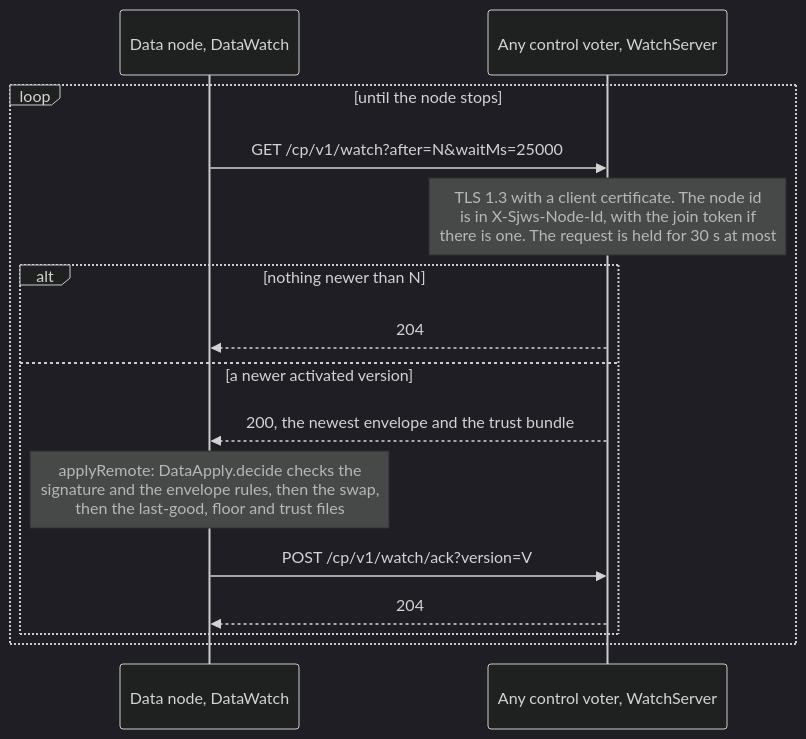
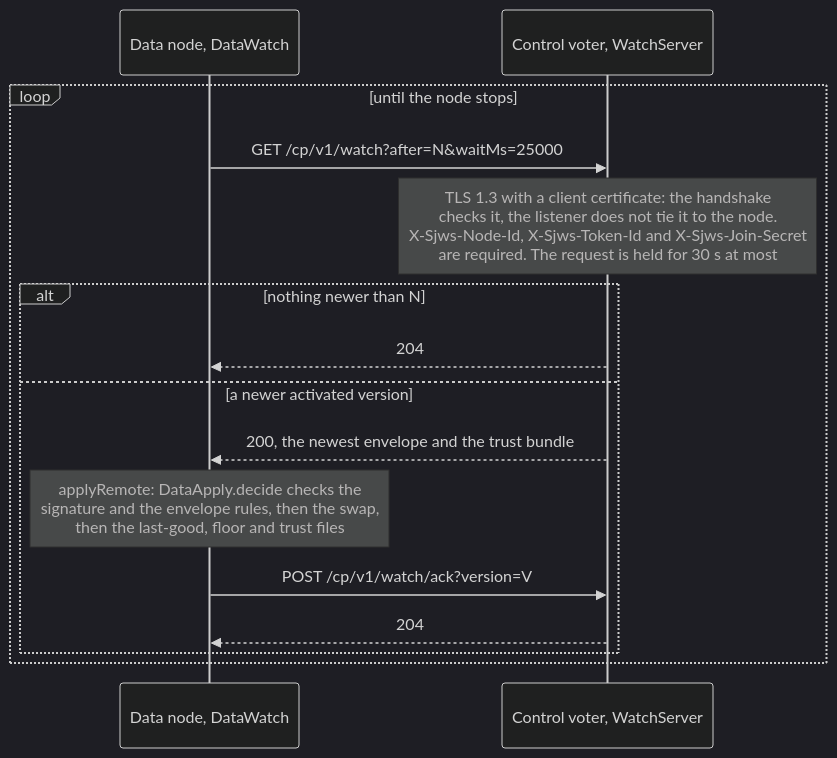
The third of 6 diagrams in docs/design/control-plane.md (BlivionIaG/sjws_nettask), drawn with Mermaid (dark theme) before and after one commit. The commit also changed other lines of this file and 19 other files, not shown here.

First line of the commit message:
docs: fix the diagrams the fact-check found imprecise

````diff
--- a/docs/design/control-plane.md
+++ b/docs/design/control-plane.md
@@ -426,18 +430,18 @@
 ```mermaid
 sequenceDiagram
     participant D as Data node, DataWatch
-    participant V as Any control voter, WatchServer
+    participant V as Control voter, WatchServer
 
     loop until the node stops
         D->>V: GET /cp/v1/watch?after=N&waitMs=25000
-        Note over V: TLS 1.3 with a client certificate. The node id<br/>is in X-Sjws-Node-Id, with the join token if<br/>there is one. The request is held for 30 s at most
+        Note over V: TLS 1.3 with a client certificate: the handshake<br/>checks it, the listener does not tie it to the node.<br/>X-Sjws-Node-Id, X-Sjws-Token-Id and X-Sjws-Join-Secret<br/>are required. The request is held for 30 s at most
         alt nothing newer than N
             V-->>D: 204
         else a newer activated version
             V-->>D: 200, the newest envelope and the trust bundle
             Note over D: applyRemote: DataApply.decide checks the<br/>signature and the envelope rules, then the swap,<br/>then the last-good, floor and trust files
             D->>V: POST /cp/v1/watch/ack?version=V
             V-->>D: 204
         end
     end
 ```
````
